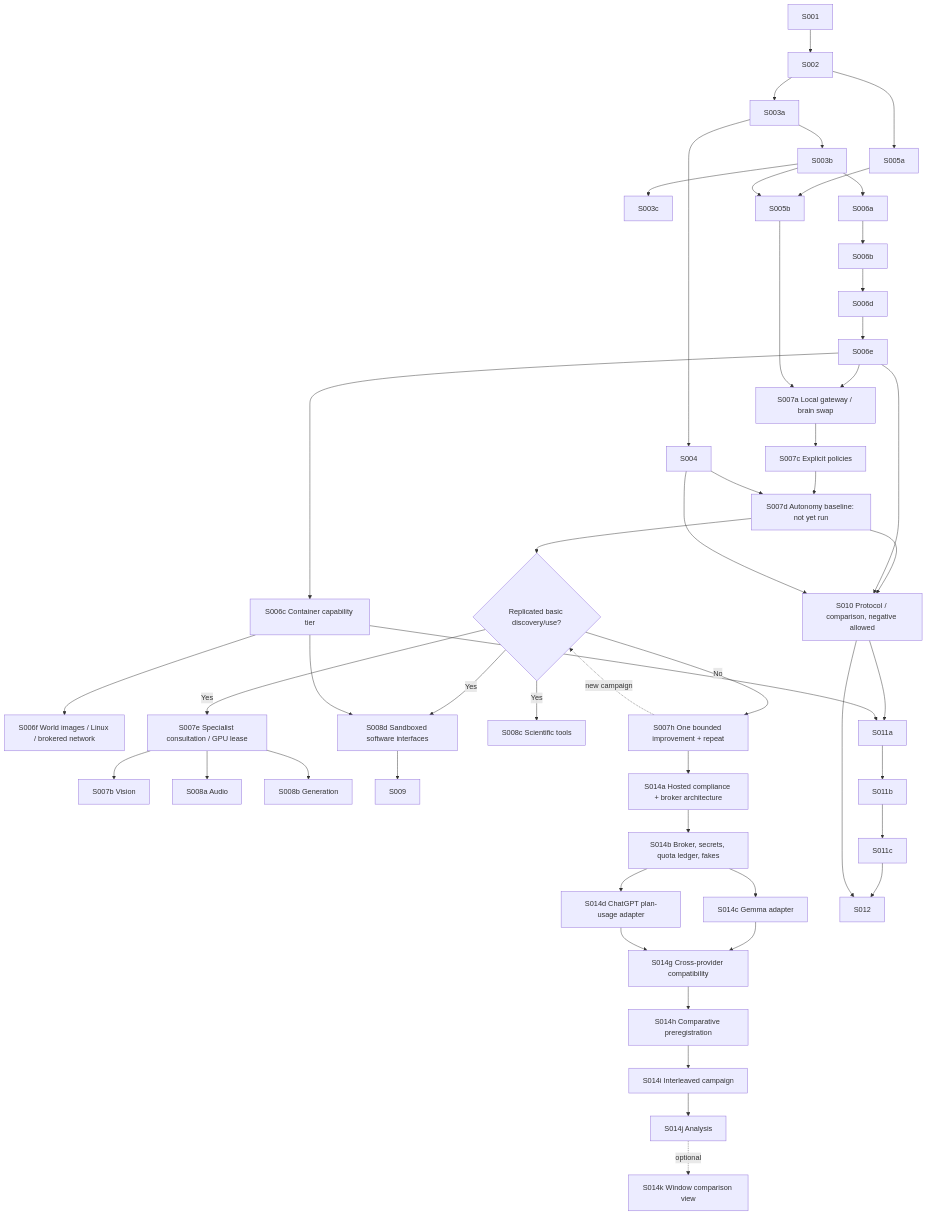
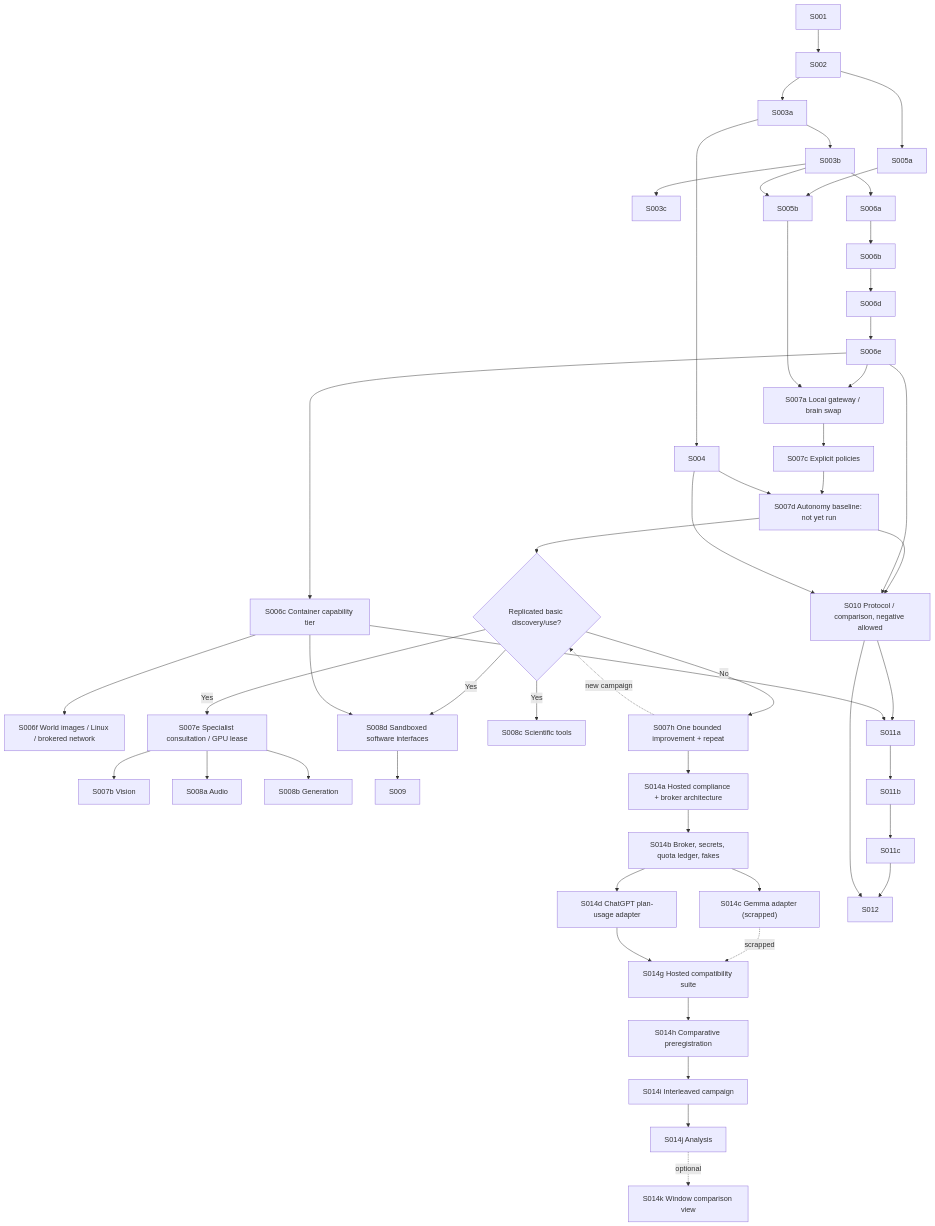
The diagram in docs/roadmap/ROADMAP.md (jfairfaxball-348/open-lab-builder), drawn with Mermaid before and after one commit. The commit also changed other lines of this file and 4 other files, not shown here.

````diff
--- a/docs/roadmap/ROADMAP.md
+++ b/docs/roadmap/ROADMAP.md
@@ -42,39 +42,39 @@
 ```mermaid
 flowchart TD
     S001 --> S002 --> S003a --> S003b --> S003c
     S003a --> S004
     S002 --> S005a --> S005b
     S003b --> S005b
     S003b --> S006a --> S006b --> S006d --> S006e
     S006e --> S006c["S006c Container capability tier"]
     S006c --> S006f["S006f World images / Linux / brokered network"]
     S006e --> S007a["S007a Local gateway / brain swap"]
     S005b --> S007a
     S007a --> S007c["S007c Explicit policies"]
     S007c --> S007d["S007d Autonomy baseline: not yet run"]
     S004 --> S007d
     S007d --> Gate{"Replicated basic discovery/use?"}
     Gate -->|No| S007h["S007h One bounded improvement + repeat"]
     S007h -. new campaign .-> Gate
     Gate -->|Yes| S007e["S007e Specialist consultation / GPU lease"]
     S007e --> S007b["S007b Vision"]
     S007e --> S008a["S008a Audio"]
     S007e --> S008b["S008b Generation"]
     Gate -->|Yes| S008c["S008c Scientific tools"]
     Gate -->|Yes| S008d["S008d Sandboxed software interfaces"]
     S006c --> S008d --> S009
     S007h --> S014a["S014a Hosted compliance + broker architecture"]
     S014a --> S014b["S014b Broker, secrets, quota ledger, fakes"]
-    S014b --> S014c["S014c Gemma adapter"]
+    S014b --> S014c["S014c Gemma adapter (scrapped)"]
     S014b --> S014d["S014d ChatGPT plan-usage adapter"]
-    S014c --> S014g["S014g Cross-provider compatibility"]
+    S014c -. scrapped .-> S014g["S014g Hosted compatibility suite"]
     S014d --> S014g
     S014g --> S014h["S014h Comparative preregistration"] --> S014i["S014i Interleaved campaign"] --> S014j["S014j Analysis"]
     S014j -. optional .-> S014k["S014k Window comparison view"]
     S007d --> S010["S010 Protocol / comparison, negative allowed"]
     S006e --> S010
     S004 --> S010
     S010 --> S011a --> S011b --> S011c --> S012
     S006c --> S011a
     S010 --> S012
 ```
````
